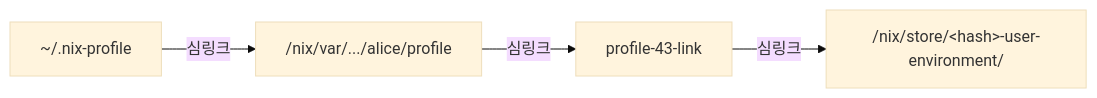
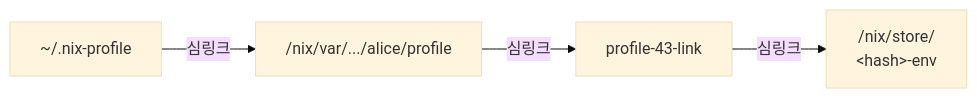
One commit to moonblueblue/devops-wiki changed the diagram in content/linux/distro-basics/nix-nixos.md. Above: the diagram before and after it, drawn with Mermaid (base theme). The commit also changed 6 other files, not shown here.

First line of the commit message:
style: Mermaid 노드 라벨 줄바꿈 규칙 적용 및 CLAUDE.md 업데이트

````diff
--- a/content/linux/distro-basics/nix-nixos.md
+++ b/content/linux/distro-basics/nix-nixos.md
@@ -80,6 +80,6 @@
 ```mermaid
 graph LR
     A["~/.nix-profile"] -->|심링크| B["/nix/var/.../alice/profile"]
     B -->|심링크| C["profile-43-link"]
-    C -->|심링크| D["/nix/store/&lt;hash&gt;-user-environment/"]
+    C -->|심링크| D["/nix/store/\n&lt;hash&gt;-env"]
 ```
````
